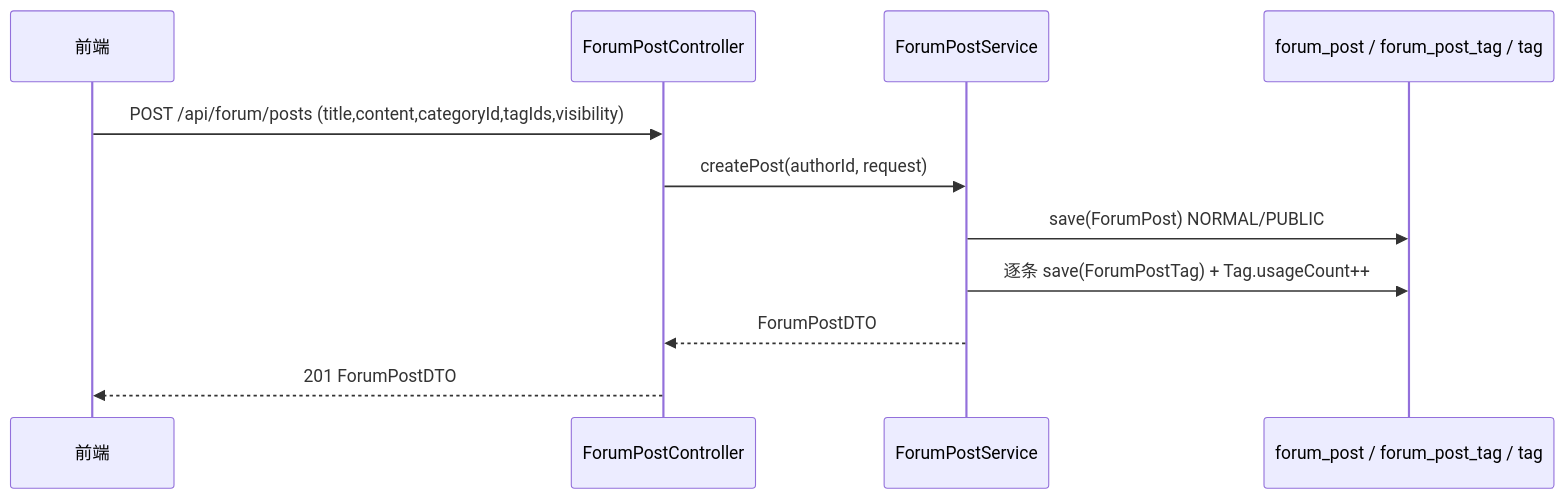
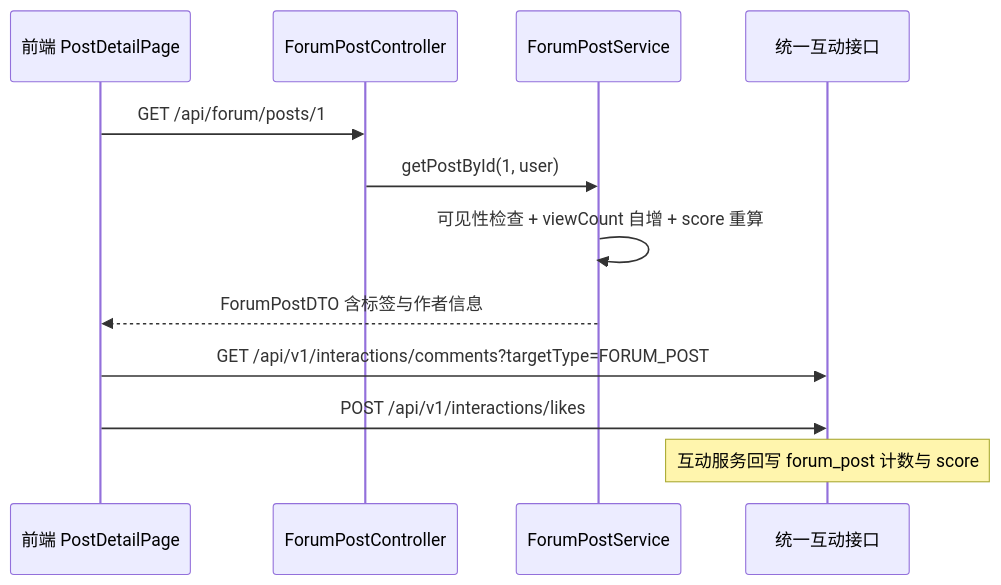
Before and after one commit to mambo-wang/CodingHub: the second of 2 diagrams in repowiki/wiki/modules/论坛社区.md, drawn with Mermaid. The commit also changed other lines of this file and 59 other files, not shown here.

````diff
--- a/repowiki/wiki/modules/论坛社区.md
+++ b/repowiki/wiki/modules/论坛社区.md
@@ -112,13 +106,14 @@
 ```mermaid
 sequenceDiagram
-    participant FE as 前端
-    participant FPC as ForumPostController
-    participant FPS as ForumPostService
-    participant DB as forum_post / forum_post_tag / tag
-    FE->>FPC: POST /api/forum/posts (title,content,categoryId,tagIds,visibility)
-    FPC->>FPS: createPost(authorId, request)
-    FPS->>DB: save(ForumPost) NORMAL/PUBLIC
-    FPS->>DB: 逐条 save(ForumPostTag) + Tag.usageCount++
-    FPS-->>FPC: ForumPostDTO
-    FPC-->>FE: 201 ForumPostDTO
+    participant FE as 前端 PostDetailPage
+    participant PC as ForumPostController
+    participant PS as ForumPostService
+    participant UI as 统一互动接口
+    FE->>PC: GET /api/forum/posts/1
+    PC->>PS: getPostById(1, user)
+    PS->>PS: 可见性检查 + viewCount 自增 + score 重算
+    PS-->>FE: ForumPostDTO 含标签与作者信息
+    FE->>UI: GET /api/v1/interactions/comments?targetType=FORUM_POST
+    FE->>UI: POST /api/v1/interactions/likes
+    Note over UI: 互动服务回写 forum_post 计数与 score
 ```
````
